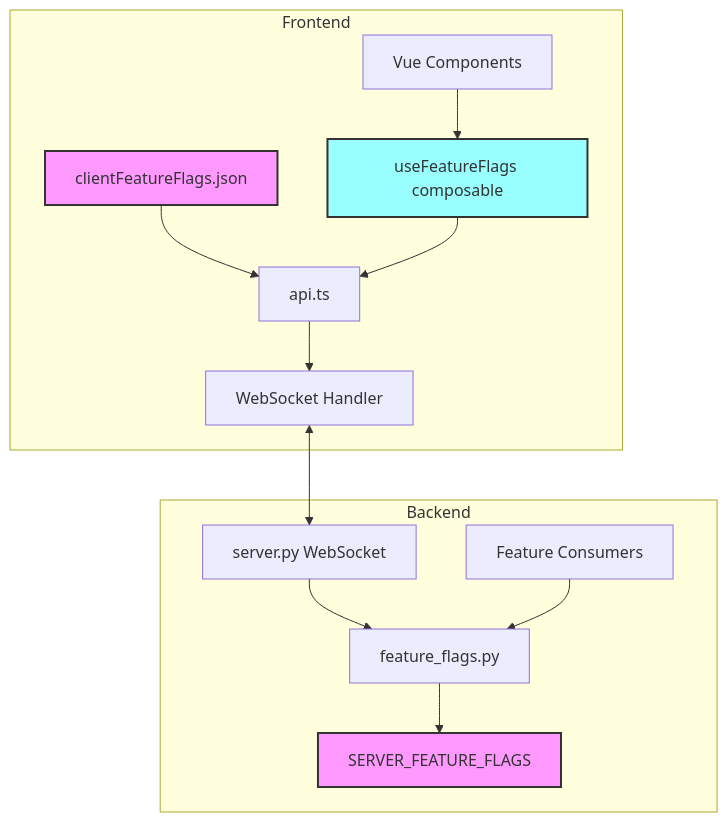
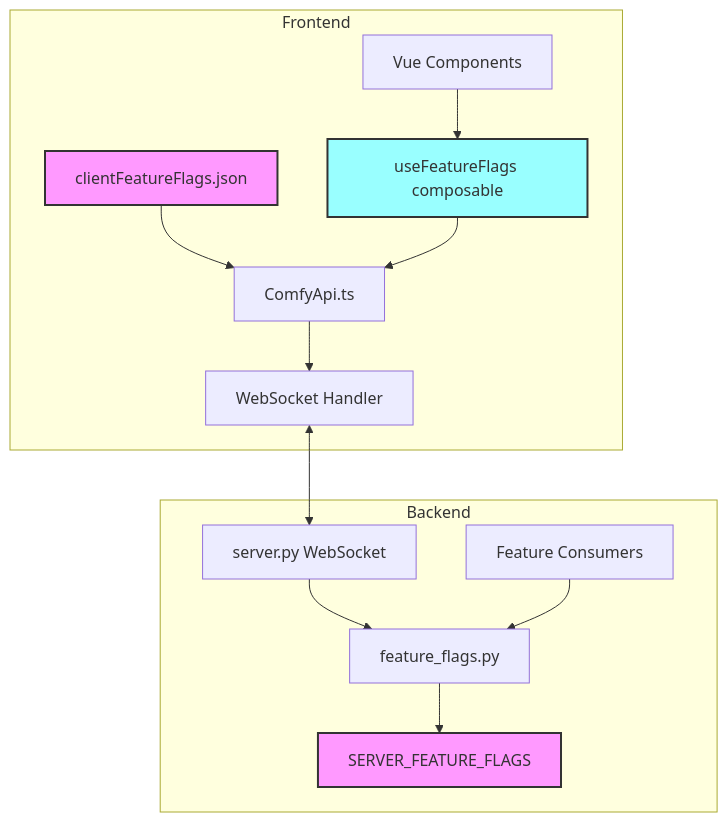
One commit to Comfy-Org/ComfyUI_frontend changed the second of 7 diagrams in docs/FEATURE_FLAGS.md. Above: the diagram before and after it, drawn with Mermaid. The commit also changed other lines of this file and 16 other files, not shown here.

````diff
--- a/docs/FEATURE_FLAGS.md
+++ b/docs/FEATURE_FLAGS.md
@@ -39,21 +39,21 @@
 ```mermaid
 graph TB
     subgraph Frontend
-        A[clientFeatureFlags.json] --> B[api.ts]
+        A[clientFeatureFlags.json] --> B[ComfyApi.ts]
         B --> C[WebSocket Handler]
         D[useFeatureFlags composable] --> B
         E[Vue Components] --> D
     end
 
     subgraph Backend
         F[feature_flags.py] --> G[SERVER_FEATURE_FLAGS]
         H[server.py WebSocket] --> F
         I[Feature Consumers] --> F
     end
 
     C <--> H
 
     style A fill:#f9f,stroke:#333,stroke-width:2px
     style G fill:#f9f,stroke:#333,stroke-width:2px
     style D fill:#9ff,stroke:#333,stroke-width:2px
 ```
````
